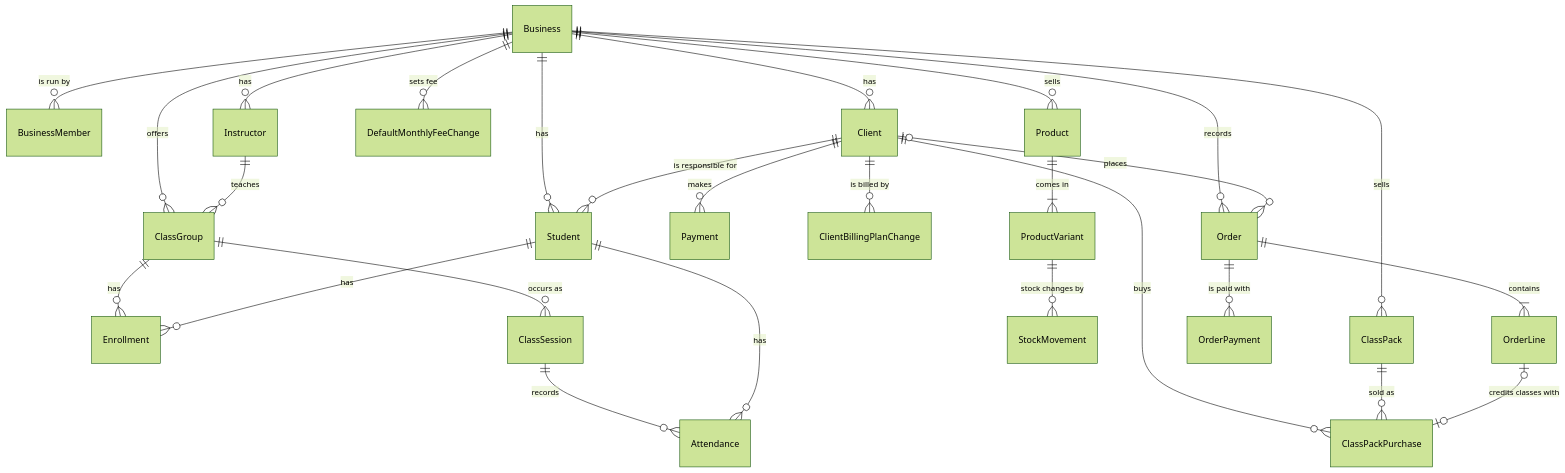
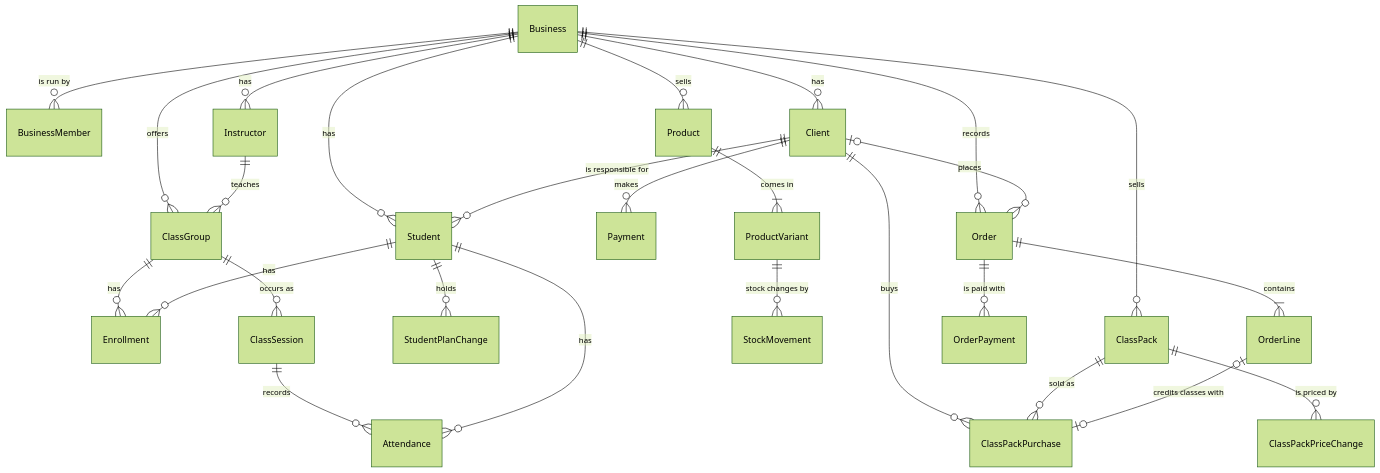
Before and after one commit to alejandrolazarte/class-manager: the diagram in docs/backend/domain-model.md, drawn with Mermaid (forest theme). The commit also changed other lines of this file and 305 other files, not shown here.

First line of the commit message:
Plans catalog steps 2 and 4: monthly plans per student replace fees

````diff
--- a/docs/backend/domain-model.md
+++ b/docs/backend/domain-model.md
@@ -15,29 +15,29 @@
 ```mermaid
 erDiagram
     Business ||--o{ BusinessMember : "is run by"
     Business ||--o{ Client : has
     Business ||--o{ Student : has
     Client ||--o{ Student : "is responsible for"
     Business ||--o{ Instructor : has
     Business ||--o{ ClassGroup : offers
     Instructor ||--o{ ClassGroup : teaches
     ClassGroup ||--o{ Enrollment : has
     Student ||--o{ Enrollment : has
     ClassGroup ||--o{ ClassSession : "occurs as"
     ClassSession ||--o{ Attendance : records
     Student ||--o{ Attendance : has
     Client ||--o{ Payment : makes
-    Business ||--o{ DefaultMonthlyFeeChange : "sets fee"
-    Client ||--o{ ClientBillingPlanChange : "is billed by"
+    Student ||--o{ StudentPlanChange : "holds"
+    ClassPack ||--o{ ClassPackPriceChange : "is priced by"
     Business ||--o{ ClassPack : sells
     Client ||--o{ ClassPackPurchase : buys
     ClassPack ||--o{ ClassPackPurchase : "sold as"
     Business ||--o{ Product : sells
     Product ||--|{ ProductVariant : "comes in"
     ProductVariant ||--o{ StockMovement : "stock changes by"
     Business ||--o{ Order : records
     Client |o--o{ Order : places
     Order ||--|{ OrderLine : contains
     Order ||--o{ OrderPayment : "is paid with"
     OrderLine |o--o| ClassPackPurchase : "credits classes with"
 ```
````
